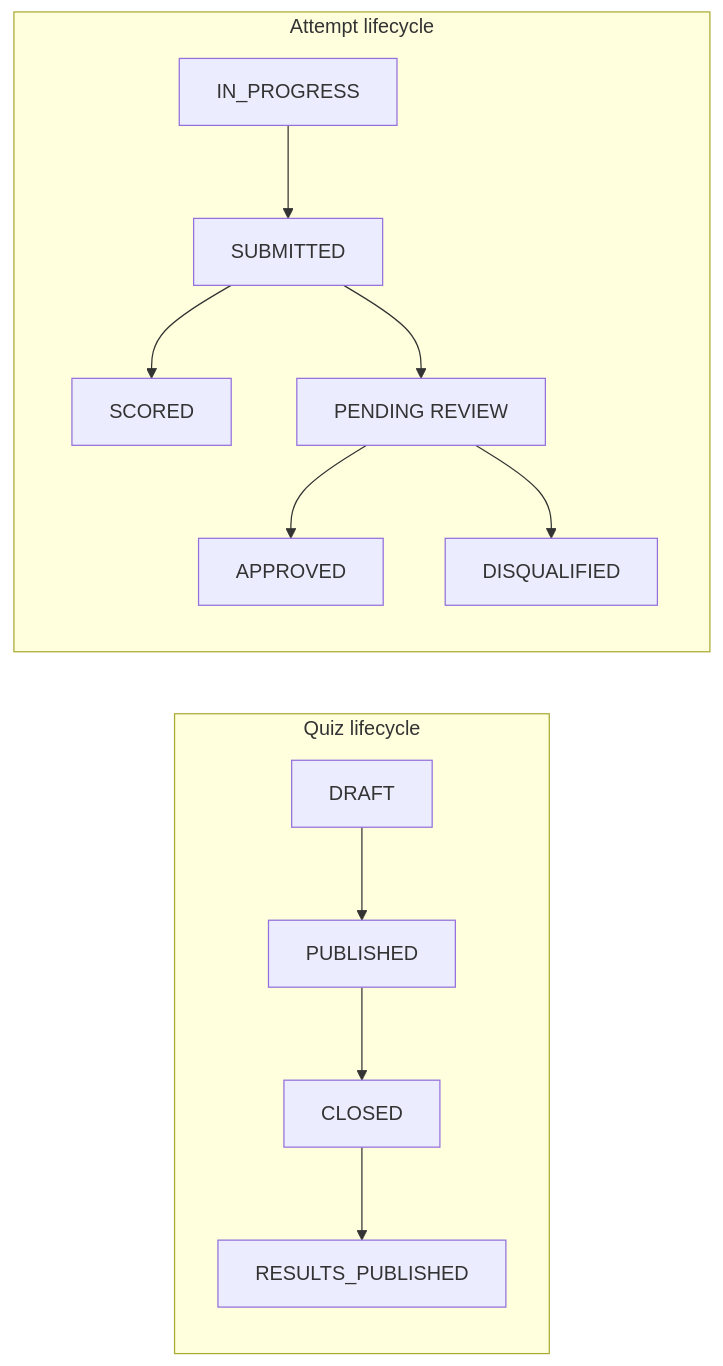
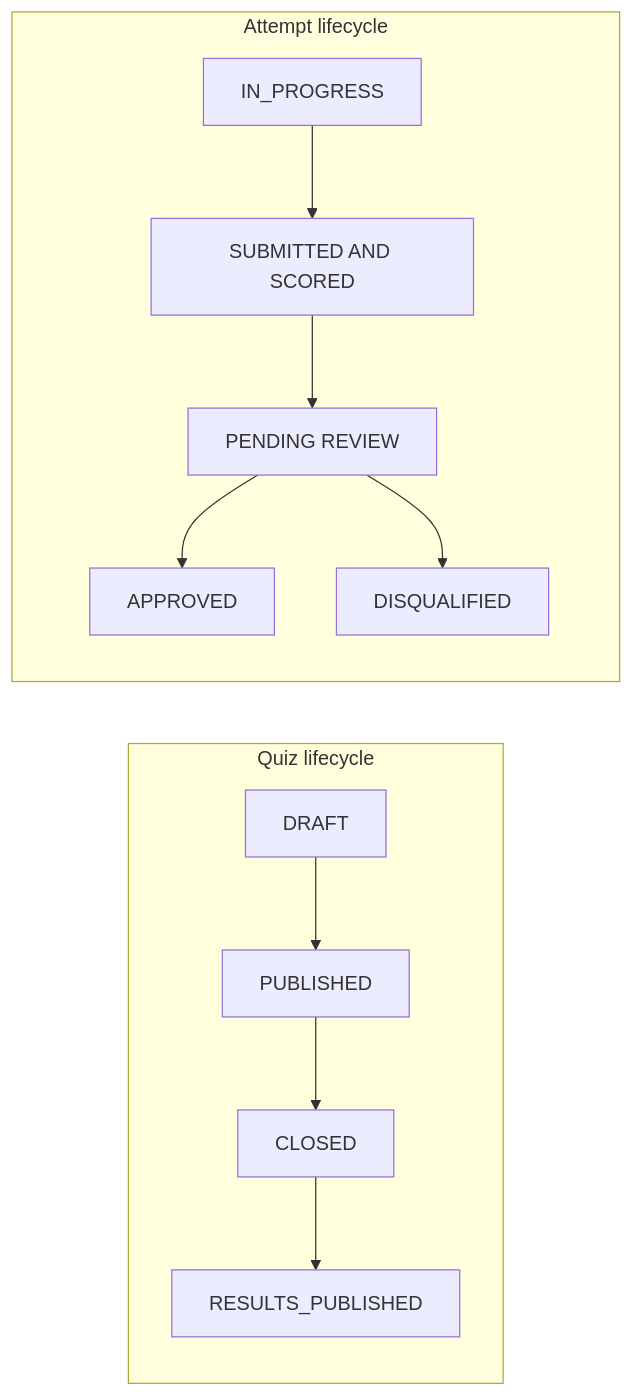
One commit to ayushs206/owasp-quiz-be changed the third of 3 diagrams in docs/hld.md. Above: the diagram before and after it, drawn with Mermaid. The commit also changed other lines of this file and 4 other files, not shown here.

Commit message:
docs: simplify v1 architecture

````diff
--- a/docs/hld.md
+++ b/docs/hld.md
@@ -185,13 +171,13 @@
 ```mermaid
 flowchart LR
     subgraph Quiz_lifecycle[Quiz lifecycle]
         QD[DRAFT] --> QP[PUBLISHED] --> QC[CLOSED] --> QR[RESULTS_PUBLISHED]
     end
 
     subgraph Attempt_lifecycle[Attempt lifecycle]
-        AI[IN_PROGRESS] --> AS[SUBMITTED] --> ASC[SCORED]
+        AI[IN_PROGRESS] --> AS[SUBMITTED AND SCORED]
         AS --> RP[PENDING REVIEW]
         RP --> RA[APPROVED]
         RP --> RD[DISQUALIFIED]
     end
 ```
````
